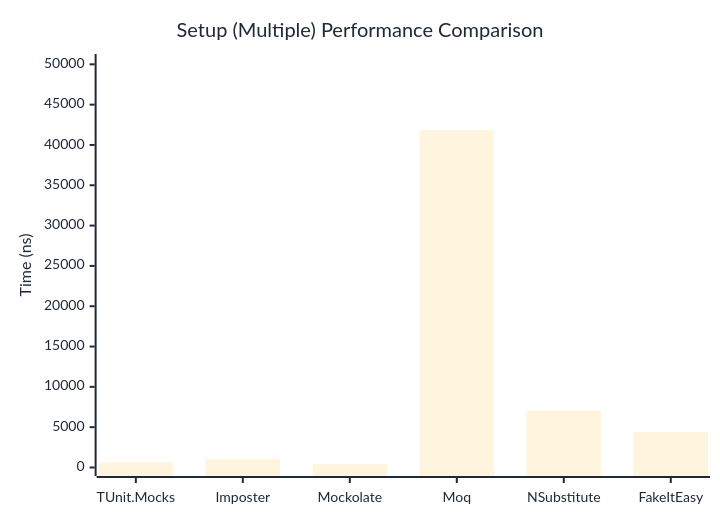
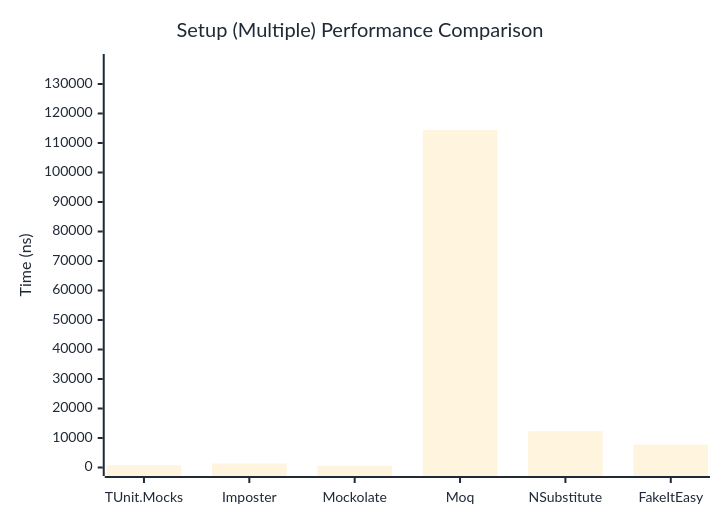
The second of 2 diagrams in docs/docs/benchmarks/mocks/Setup.md (thomhurst/TUnit), drawn with Mermaid before and after one commit. The commit also changed other lines of this file and 14 other files, not shown here.

````diff
--- a/docs/docs/benchmarks/mocks/Setup.md
+++ b/docs/docs/benchmarks/mocks/Setup.md
@@ -71,27 +71,27 @@
 ```mermaid
 %%{init: {
   'theme':'base',
   'themeVariables': {
     'primaryColor': '#2563eb',
     'primaryTextColor': '#1f2937',
     'primaryBorderColor': '#1e40af',
     'lineColor': '#6b7280',
     'secondaryColor': '#7c3aed',
     'tertiaryColor': '#dc2626',
     'background': '#ffffff',
     'pie1': '#2563eb',
     'pie2': '#7c3aed',
     'pie3': '#dc2626',
     'pie4': '#f59e0b',
     'pie5': '#10b981',
     'pie6': '#06b6d4',
     'pie7': '#ec4899',
     'pie8': '#6366f1'
   }
 }}%%
 xychart-beta
   title "Setup (Multiple) Performance Comparison"
   x-axis ["TUnit.Mocks", "Imposter", "Mockolate", "Moq", "NSubstitute", "FakeItEasy"]
-  y-axis "Time (ns)" 0 --> 50226
-  bar [642.3, 1066.7, 422.4, 41854.3, 7077.8, 4429.5]
+  y-axis "Time (ns)" 0 --> 137285
+  bar [764.1, 1338.4, 543.2, 114403.9, 12339, 7768.3]
 ```
````
